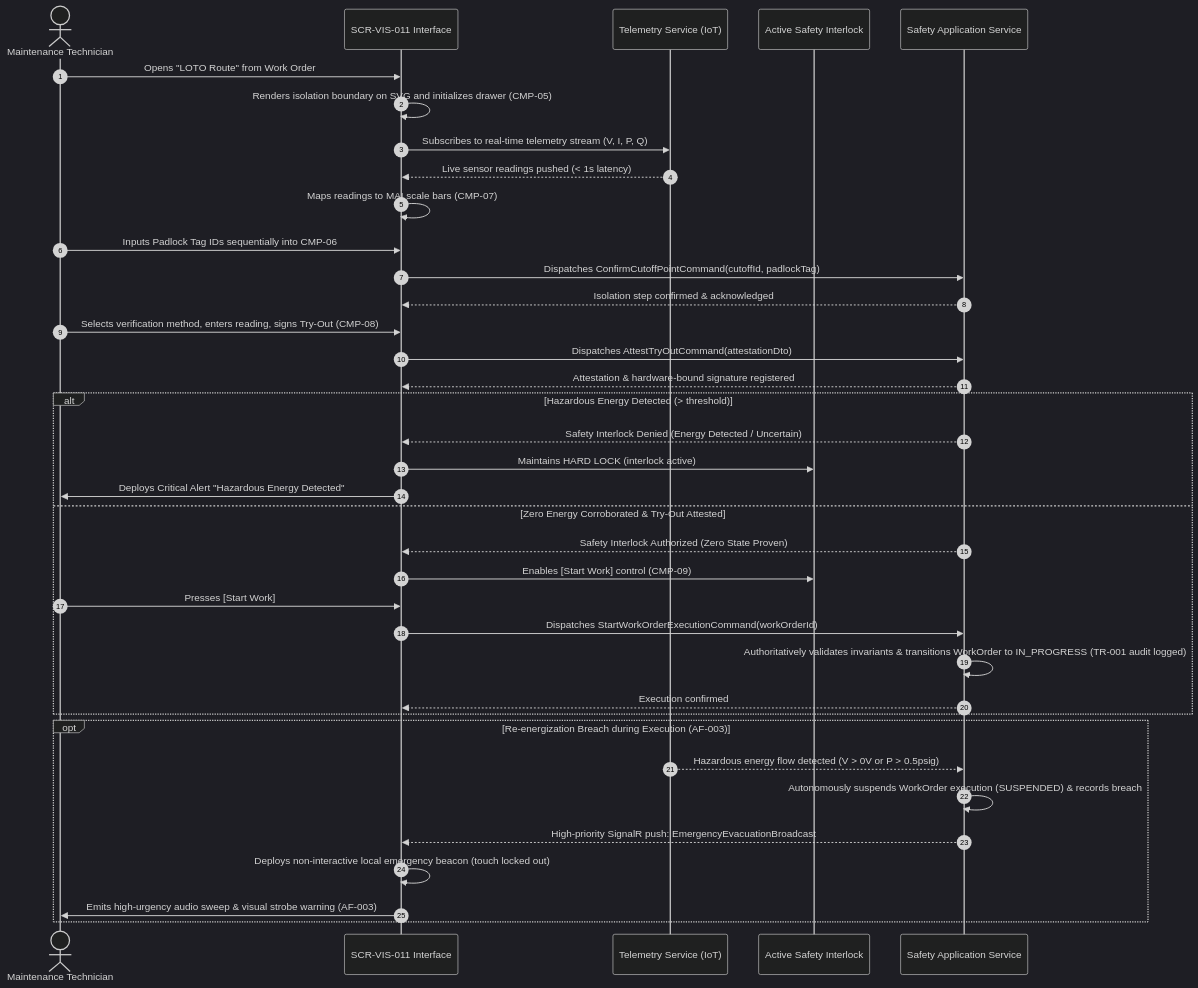
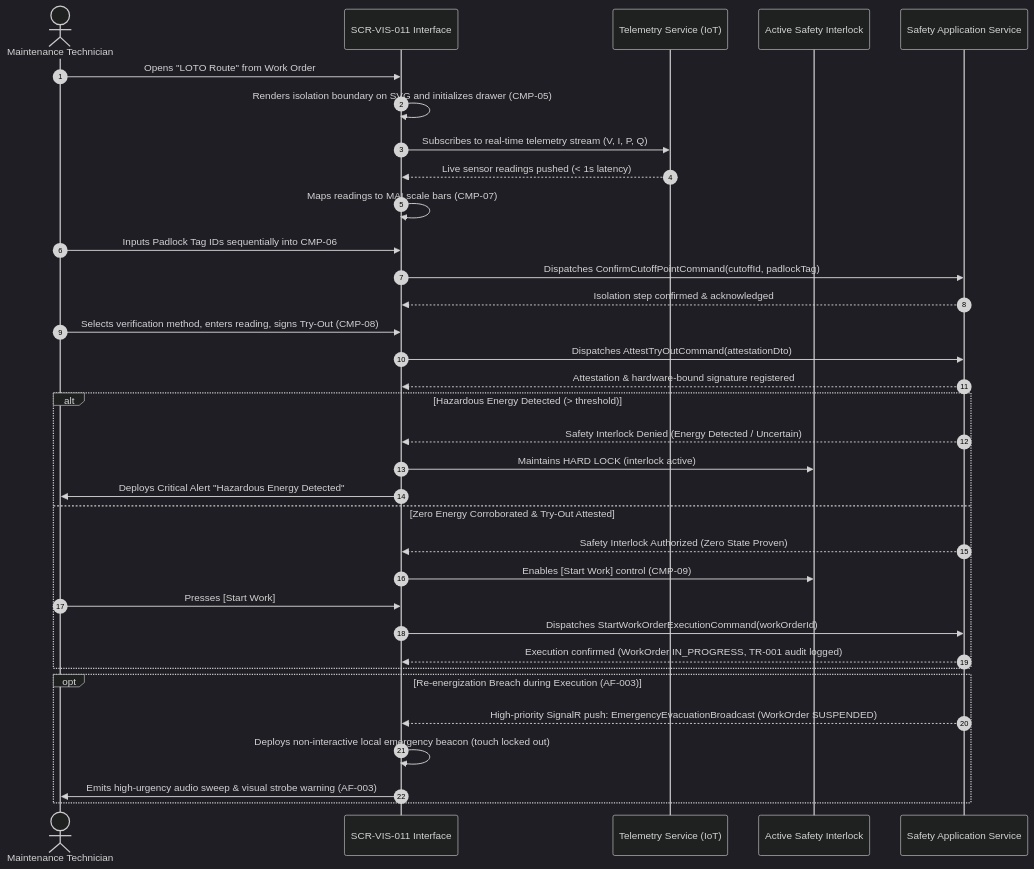
One commit to Novav20/adso-dteam-docs changed the diagram in ui-ux/screens/vis/SCR-VIS-011.md. Above: the diagram before and after it, drawn with Mermaid (dark theme). The commit also changed other lines of this file and 3 other files, not shown here.

````diff
--- a/ui-ux/screens/vis/SCR-VIS-011.md
+++ b/ui-ux/screens/vis/SCR-VIS-011.md
@@ -87,44 +87,41 @@
 ```mermaid
 sequenceDiagram
     autonumber
     actor Tech as Maintenance Technician
     participant UI as SCR-VIS-011 Interface
     participant IoT as Telemetry Service (IoT)
     participant SEC as Active Safety Interlock
     participant API as Safety Application Service
 
     Tech->>UI: Opens "LOTO Route" from Work Order
     UI->>UI: Renders isolation boundary on SVG and initializes drawer (CMP-05)
     UI->>IoT: Subscribes to real-time telemetry stream (V, I, P, Q)
     IoT-->>UI: Live sensor readings pushed (< 1s latency)
     UI->>UI: Maps readings to MAI scale bars (CMP-07)
     
     Tech->>UI: Inputs Padlock Tag IDs sequentially into CMP-06
     UI->>API: Dispatches ConfirmCutoffPointCommand(cutoffId, padlockTag)
     API-->>UI: Isolation step confirmed & acknowledged
     
     Tech->>UI: Selects verification method, enters reading, signs Try-Out (CMP-08)
     UI->>API: Dispatches AttestTryOutCommand(attestationDto)
     API-->>UI: Attestation & hardware-bound signature registered
     
     alt Hazardous Energy Detected (> threshold)
         API-->>UI: Safety Interlock Denied (Energy Detected / Uncertain)
         UI->>SEC: Maintains HARD LOCK (interlock active)
         UI->>Tech: Deploys Critical Alert "Hazardous Energy Detected"
     else Zero Energy Corroborated & Try-Out Attested
         API-->>UI: Safety Interlock Authorized (Zero State Proven)
         UI->>SEC: Enables [Start Work] control (CMP-09)
         Tech->>UI: Presses [Start Work]
         UI->>API: Dispatches StartWorkOrderExecutionCommand(workOrderId)
-        API->>API: Authoritatively validates invariants & transitions WorkOrder to IN_PROGRESS (TR-001 audit logged)
-        API-->>UI: Execution confirmed
+        API-->>UI: Execution confirmed (WorkOrder IN_PROGRESS, TR-001 audit logged)
     end
 
     opt Re-energization Breach during Execution (AF-003)
-        IoT-->>API: Hazardous energy flow detected (V > 0V or P > 0.5psig)
-        API->>API: Autonomously suspends WorkOrder execution (SUSPENDED) & records breach
-        API-->>UI: High-priority SignalR push: EmergencyEvacuationBroadcast
+        API-->>UI: High-priority SignalR push: EmergencyEvacuationBroadcast (WorkOrder SUSPENDED)
         UI->>UI: Deploys non-interactive local emergency beacon (touch locked out)
         UI->>Tech: Emits high-urgency audio sweep & visual strobe warning (AF-003)
     end
 ```
````
